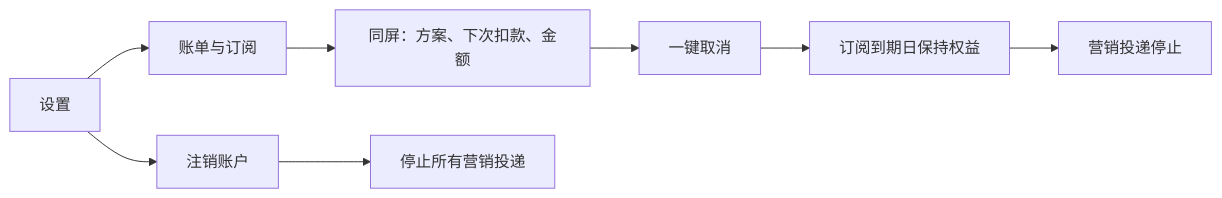
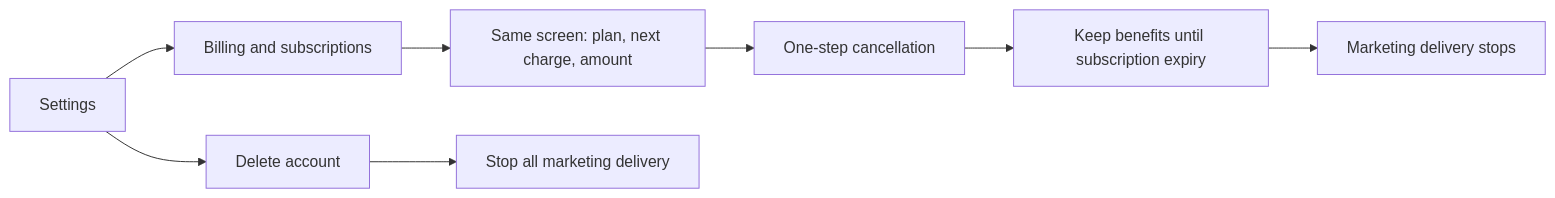
Before and after one commit to kev1nwuu/pace-sport-dating: the second of 2 diagrams in PRODUCT_SPEC.md, drawn with Mermaid. The commit also changed other lines of this file and 6 other files, not shown here.

````diff
--- a/PRODUCT_SPEC.md
+++ b/PRODUCT_SPEC.md
@@ -82,10 +82,10 @@
 ```mermaid
 flowchart LR
-  A[设置] --> B[账单与订阅]
-  B --> C[同屏：方案、下次扣款、金额]
-  C --> D[一键取消]
-  D --> E[订阅到期日保持权益]
-  E --> F[营销投递停止]
-  A --> G[注销账户]
-  G --> H[停止所有营销投递]
+  A[Settings] --> B[Billing and subscriptions]
+  B --> C[Same screen: plan, next charge, amount]
+  C --> D[One-step cancellation]
+  D --> E[Keep benefits until subscription expiry]
+  E --> F[Marketing delivery stops]
+  A --> G[Delete account]
+  G --> H[Stop all marketing delivery]
 ```
````
